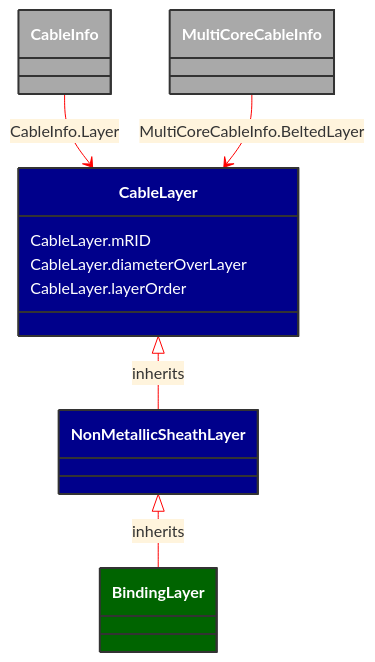
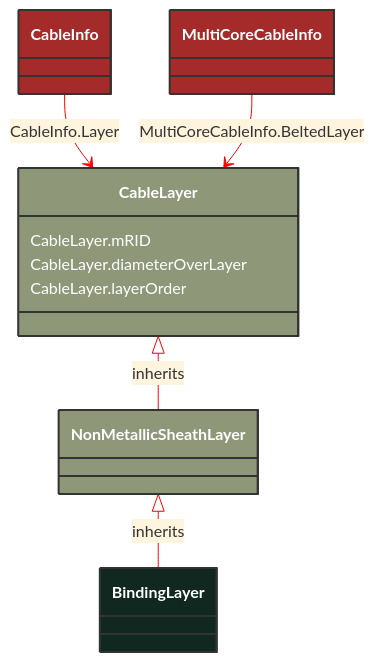
One commit to 3lbits/NoCIMExtensions changed the diagram in docs/Models/Profiles/SubseaCableInfo/ConcreteClasses/BindingLayer.md. Above: the diagram before and after it, drawn with Mermaid. The commit also changed 190 other files, not shown here.

````diff
--- a/docs/Models/Profiles/SubseaCableInfo/ConcreteClasses/BindingLayer.md
+++ b/docs/Models/Profiles/SubseaCableInfo/ConcreteClasses/BindingLayer.md
@@ -8,37 +8,33 @@
 ```mermaid
 %%{init: {'theme':'base','themeVariables': {'lineColor': '#FF0000'}}}%%
 classDiagram
     class BindingLayer
     click BindingLayer href "/Models/Profiles/SubseaCableInfo/ConcreteClasses/BindingLayer/"
-    style BindingLayer fill:#006400,stroke:#333,stroke-width:2px,rx:10,ry:10,color:white
-
+    style BindingLayer fill:#102820,stroke:#333,stroke-width:2px,rx:10,ry:10,color:white
+     
         NonMetallicSheathLayer <|-- BindingLayer : inherits
             click NonMetallicSheathLayer href "/Models/Profiles/SubseaCableInfo/ConcreteClasses/NonMetallicSheathLayer/"
-            style NonMetallicSheathLayer fill:#00008B,stroke:#333,stroke-width:2px,rx:10,ry:10,color:white
-
-        BindingLayer
-            click BindingLayer href "/Models/Profiles/SubseaCableInfo/ConcreteClasses/BindingLayer/"
-            style NonMetallicSheathLayer fill:#00008B,stroke:#333,stroke-width:2px,rx:10,ry:10,color:white
-
+            style NonMetallicSheathLayer fill:#8F9779,stroke:#333,stroke-width:2px,rx:10,ry:10,color:white
+     
         CableLayer <|-- NonMetallicSheathLayer : inherits
             click CableLayer href "/Models/Profiles/SubseaCableInfo/AbstractClasses/CableLayer/"
-            style CableLayer fill:#00008B,stroke:#333,stroke-width:2px,rx:10,ry:10,color:white
+            style CableLayer fill:#8F9779,stroke:#333,stroke-width:2px,rx:10,ry:10,color:white
 
 
         CableInfo --> CableLayer : CableInfo.Layer
 
         CableInfo
             click CableInfo href "/Models/Profiles/SubseaCableInfo/ConcreteClasses/CableInfo/"
-            style CableInfo fill:#A9A9A9,stroke:#333,stroke-width:2px,rx:10,ry:10,color:white
+            style CableInfo fill:#A52A2A,stroke:#333,stroke-width:2px,rx:10,ry:10,color:white
 
         MultiCoreCableInfo --> CableLayer : MultiCoreCableInfo.BeltedLayer
 
         MultiCoreCableInfo
             click MultiCoreCableInfo href "/Models/Profiles/SubseaCableInfo/ConcreteClasses/MultiCoreCableInfo/"
-            style MultiCoreCableInfo fill:#A9A9A9,stroke:#333,stroke-width:2px,rx:10,ry:10,color:white
+            style MultiCoreCableInfo fill:#A52A2A,stroke:#333,stroke-width:2px,rx:10,ry:10,color:white
 
 
         CableLayer : CableLayer.mRID
         CableLayer : CableLayer.diameterOverLayer
         CableLayer : CableLayer.layerOrder
 ```
````
